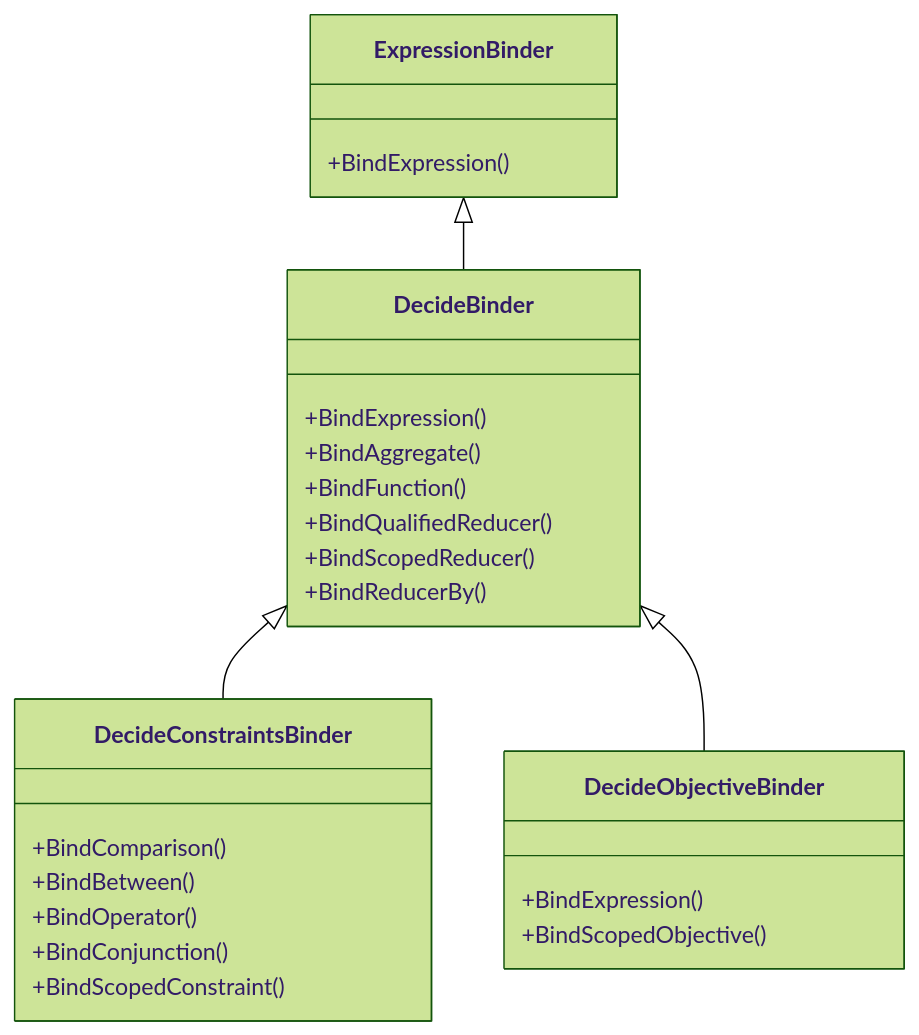
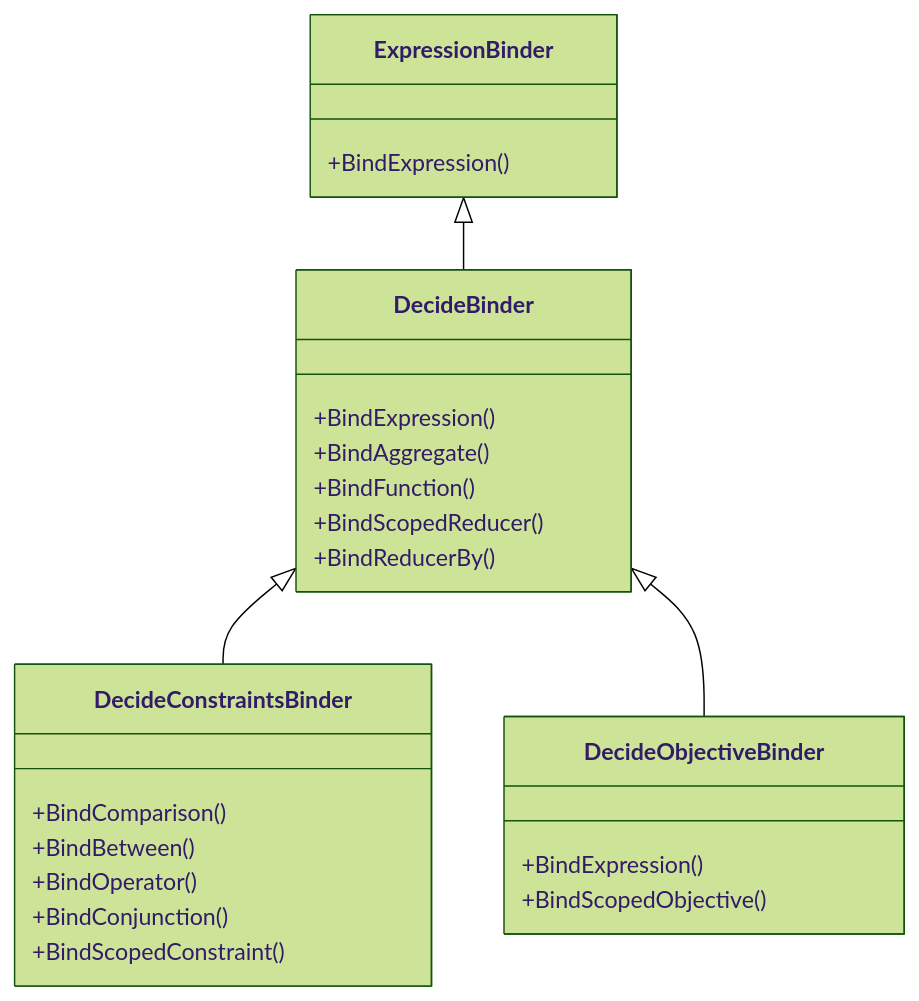
Before and after one commit to huda-lab/decidb: the first of 2 diagrams in context/docs/pipeline/code_structure.md, drawn with Mermaid (forest theme). The commit also changed other lines of this file and 61 other files, not shown here.

````diff
--- a/context/docs/pipeline/code_structure.md
+++ b/context/docs/pipeline/code_structure.md
@@ -132,29 +132,28 @@
 ```mermaid
 classDiagram
     class ExpressionBinder {
         +BindExpression()
     }
     class DecideBinder {
         +BindExpression()
         +BindAggregate()
         +BindFunction()
-        +BindQualifiedReducer()
         +BindScopedReducer()
         +BindReducerBy()
     }
     class DecideConstraintsBinder {
         +BindComparison()
         +BindBetween()
         +BindOperator()
         +BindConjunction()
         +BindScopedConstraint()
     }
     class DecideObjectiveBinder {
         +BindExpression()
         +BindScopedObjective()
     }
 
     ExpressionBinder <|-- DecideBinder
     DecideBinder <|-- DecideConstraintsBinder
     DecideBinder <|-- DecideObjectiveBinder
 ```
````
